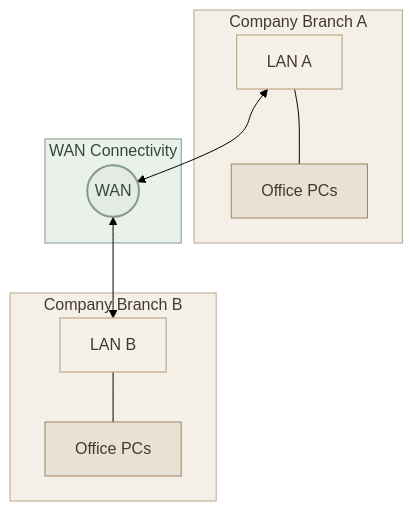
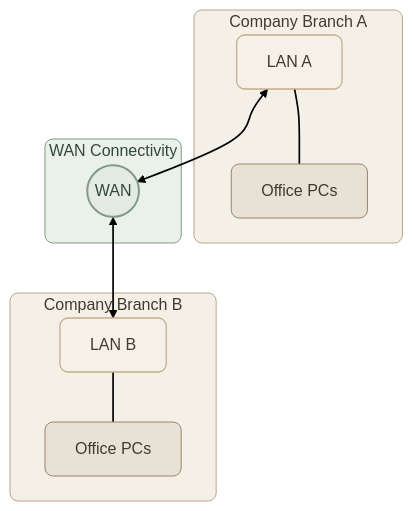
One commit to mustafammasoud/ops-handbook changed the second of 4 diagrams in content/networking/network-types.mdx. Above: the diagram before and after it, drawn with Mermaid (forest theme). The commit also changed other lines of this file and 7 other files, not shown here.

````diff
--- a/content/networking/network-types.mdx
+++ b/content/networking/network-types.mdx
@@ -92,33 +93,34 @@
 ```mermaid
 flowchart TB
     subgraph BranchA["Company Branch A"]
         LAN_A["LAN A"]
         PC_A[" Office PCs"]
         LAN_A --- PC_A
     end
 
     subgraph Provider["WAN Connectivity"]
         WAN(("WAN"))
     end
 
     subgraph BranchB["Company Branch B"]
         LAN_B["LAN B"]
         PC_B[" Office PCs"]
         LAN_B --- PC_B
     end
 
     LAN_A <--> WAN
     WAN <--> LAN_B
 
-    classDef local fill:#F6F1E8,stroke:#C3AD8C,color:#44392D,stroke-width:1.3px
-    classDef wide fill:#E3EBE4,stroke:#829A87,color:#33483A,stroke-width:2px
-    classDef devices fill:#E8E1D5,stroke:#9C8567,color:#44392D
+    classDef local fill:#F6F1E8,stroke:#C3AD8C,color:#44392D,stroke-width:1.3px,rx:8,ry:8
+    classDef wide fill:#E3EBE4,stroke:#829A87,color:#33483A,stroke-width:2px,rx:8,ry:8
+    classDef devices fill:#E8E1D5,stroke:#9C8567,color:#44392D,rx:8,ry:8
 
     class LAN_A,LAN_B local
     class WAN wide
     class PC_A,PC_B devices
 
-    style BranchA fill:#F5F0E7,stroke:#B9A68A,color:#44392D
-    style BranchB fill:#F5F0E7,stroke:#B9A68A,color:#44392D
-    style Provider fill:#EAF1EB,stroke:#829A87,color:#33483A
+    style BranchA fill:#F5F0E7,stroke:#B9A68A,color:#44392D,rx:8,ry:8
+    style BranchB fill:#F5F0E7,stroke:#B9A68A,color:#44392D,rx:8,ry:8
+    style Provider fill:#EAF1EB,stroke:#829A87,color:#33483A,rx:8,ry:8
+    linkStyle default stroke-width:1.7px
 ```
````
